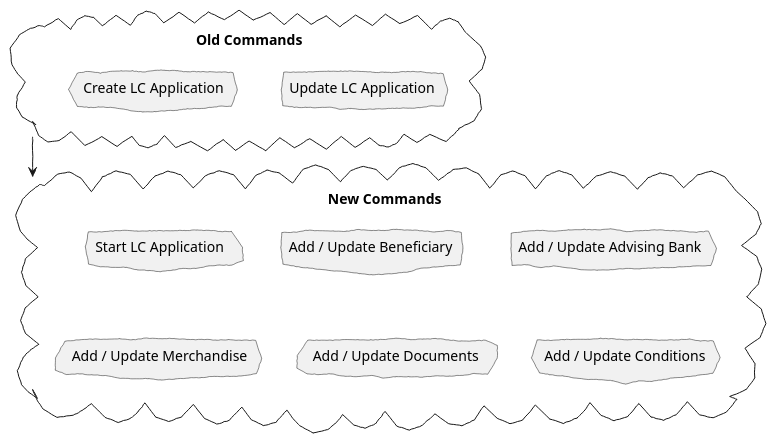
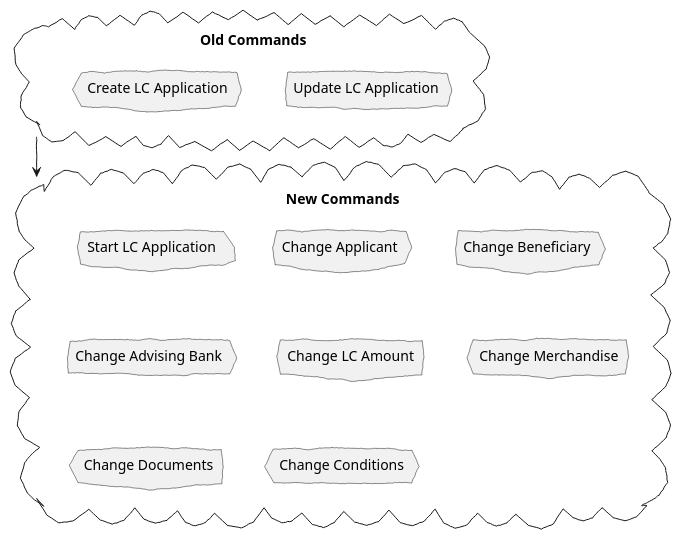
Before and after one commit to PacktPublishing/Domain-Driven-Design-with-Java-A-Practitioner-s-Guide: the second of 3 diagrams in book/src/docs/asciidoc/06-implementing-a-task-based-ui.adoc, drawn with PlantUML. The commit also changed other lines of this file, not shown here.

```diff
--- a/book/src/docs/asciidoc/06-implementing-a-task-based-ui.adoc
+++ b/book/src/docs/asciidoc/06-implementing-a-task-based-ui.adoc
@@ -146,22 +147,24 @@
 [plantuml,revised-commands]
 ....
 @startuml
 skinparam handwritten true
 skinparam CloudFontName "Gloria Hallelujah"
 cloud "Old Commands" as Old {
     cloud "Update LC Application"
     cloud "Create LC Application"
 }
 
 cloud "New Commands" as New {
     cloud "Start LC Application"
-    cloud "Add / Update Beneficiary"
-    cloud "Add / Update Advising Bank"
-    cloud "Add / Update Merchandise"
-    cloud "Add / Update Documents"
-    cloud "Add / Update Conditions"
+    cloud "Change Applicant"
+    cloud "Change Beneficiary"
+    cloud "Change Advising Bank"
+    cloud "Change LC Amount"
+    cloud "Change Merchandise"
+    cloud "Change Documents"
+    cloud "Change Conditions"
 }
 
 Old -down-> New
 @enduml
 ....
```
